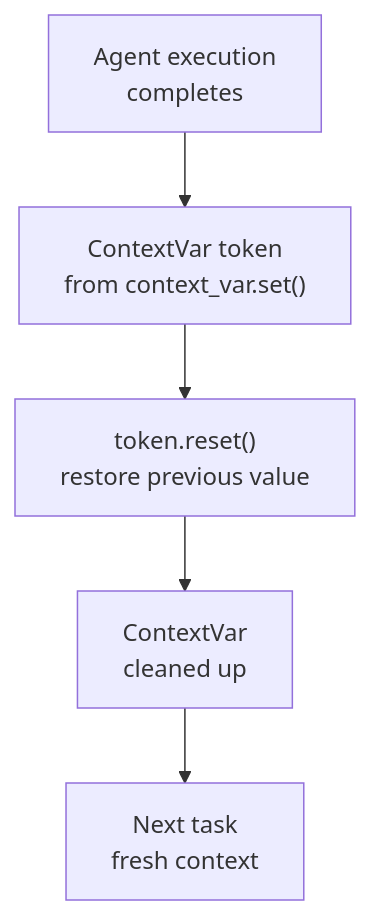
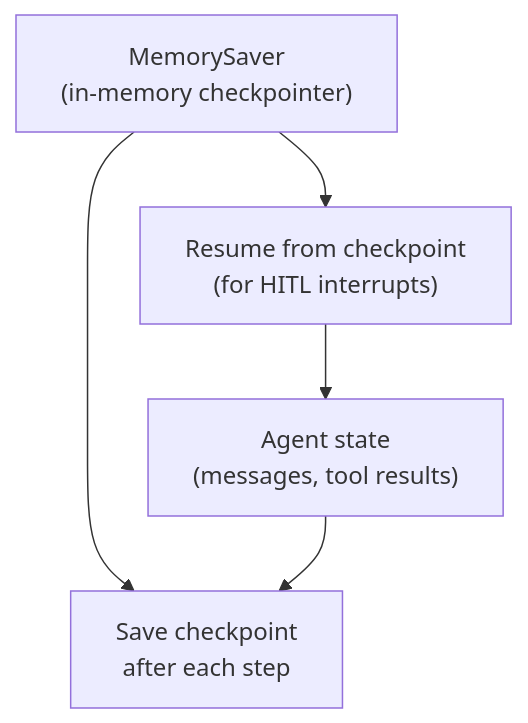
The seventh of 7 diagrams in docs/architecture/07-state-management.md (savipk/autochat), drawn with Mermaid before and after one commit. The commit also changed other lines of this file and 27 other files, not shown here.

````diff
--- a/docs/architecture/07-state-management.md
+++ b/docs/architecture/07-state-management.md
@@ -263,18 +275,15 @@
 ```mermaid
 graph TB
-    Token["ContextVar token<br/>from context_var.set()"]
+    Checkpointer["MemorySaver<br/>(in-memory checkpointer)"]
 
-    AgentExec["Agent execution<br/>completes"]
+    AgentState["Agent state<br/>(messages, tool results)"]
 
-    AgentExec --> Token
+    SaveState["Save checkpoint<br/>after each step"]
 
-    Reset["token.reset()<br/>restore previous value"]
+    ResumeState["Resume from checkpoint<br/>(for HITL interrupts)"]
 
-    Cleanup["ContextVar<br/>cleaned up"]
-
-    NextTask["Next task<br/>fresh context"]
-
-    Token --> Reset
-    Reset --> Cleanup
-    Cleanup --> NextTask
+    Checkpointer --> SaveState
+    Checkpointer --> ResumeState
+    AgentState --> SaveState
+    ResumeState --> AgentState
 ```
````
